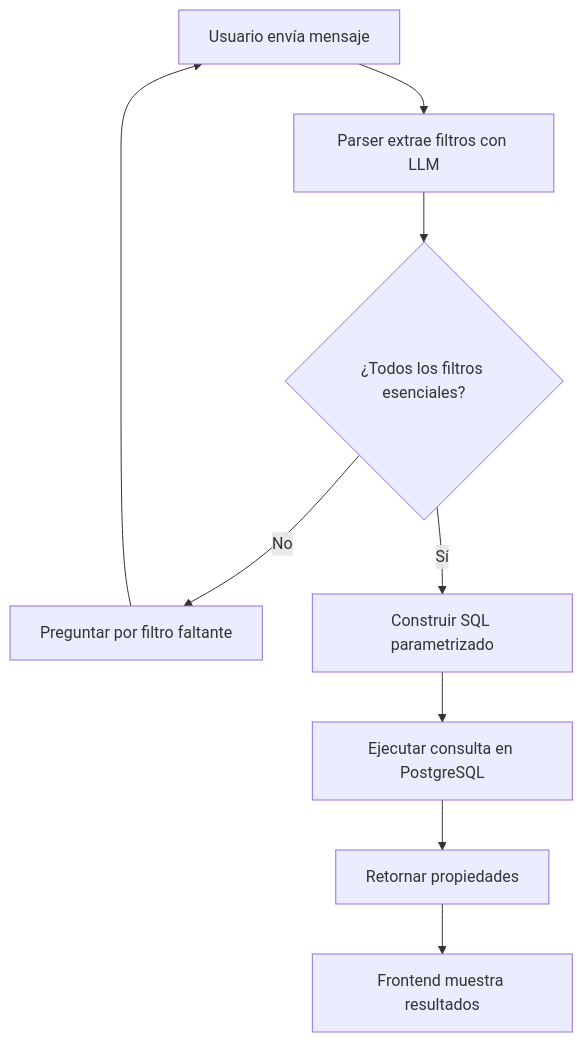
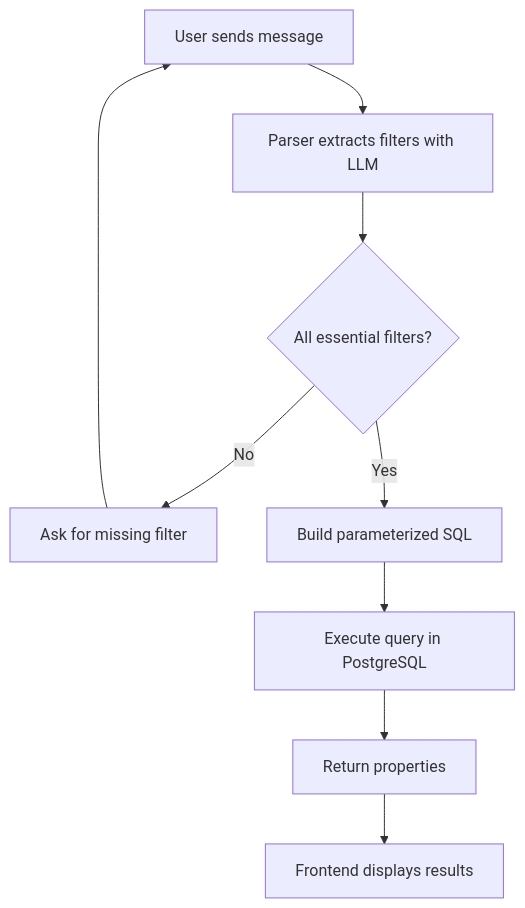
The diagram in README.md (LeonAchataS/SQL-Agent), drawn with Mermaid before and after one commit. The commit also changed other lines of this file, not shown here.

````diff
--- a/README.md
+++ b/README.md
@@ -325,11 +317,11 @@
 ```mermaid
 graph TD
-    A[Usuario envía mensaje] --> B[Parser extrae filtros con LLM]
-    B --> C{¿Todos los filtros esenciales?}
-    C -->|No| D[Preguntar por filtro faltante]
+    A[User sends message] --> B[Parser extracts filters with LLM]
+    B --> C{All essential filters?}
+    C -->|No| D[Ask for missing filter]
     D --> A
-    C -->|Sí| E[Construir SQL parametrizado]
-    E --> F[Ejecutar consulta en PostgreSQL]
-    F --> G[Retornar propiedades]
-    G --> H[Frontend muestra resultados]
+    C -->|Yes| E[Build parameterized SQL]
+    E --> F[Execute query in PostgreSQL]
+    F --> G[Return properties]
+    G --> H[Frontend displays results]
 ```
````
